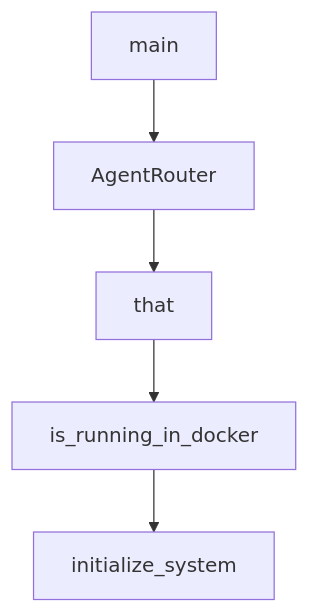
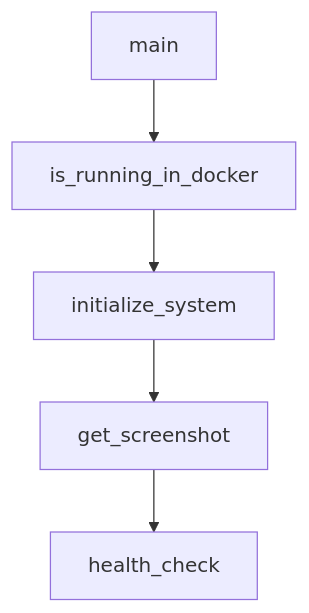
The diagram in tutorials/agenticseek-tutorial/01-getting-started.md (johnxie/awesome-code-docs), drawn with Mermaid before and after one commit. The commit also changed other lines of this file and 1232 other files, not shown here.

````diff
--- a/tutorials/agenticseek-tutorial/01-getting-started.md
+++ b/tutorials/agenticseek-tutorial/01-getting-started.md
@@ -246,12 +244,12 @@
 ```mermaid
 flowchart TD
     A[main]
-    B[AgentRouter]
-    C[that]
-    D[is_running_in_docker]
-    E[initialize_system]
+    B[is_running_in_docker]
+    C[initialize_system]
+    D[get_screenshot]
+    E[health_check]
     A --> B
     B --> C
     C --> D
     D --> E
 ```
````
